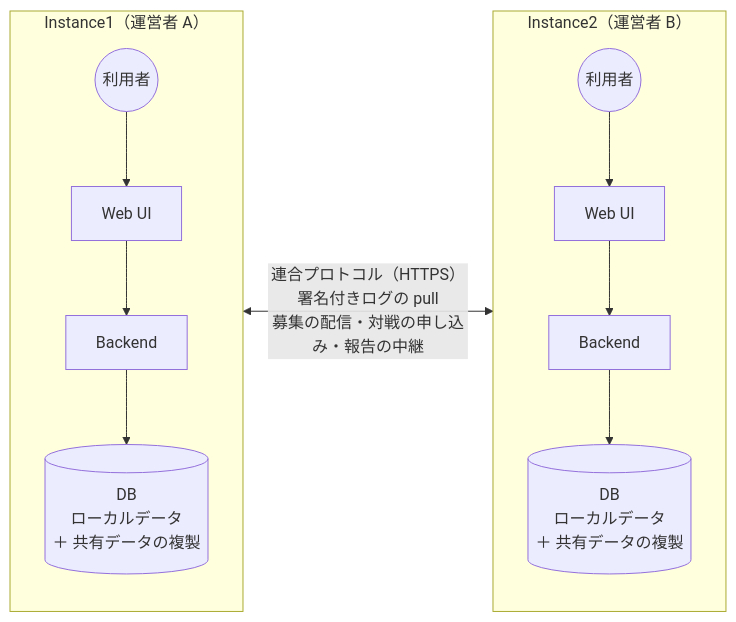
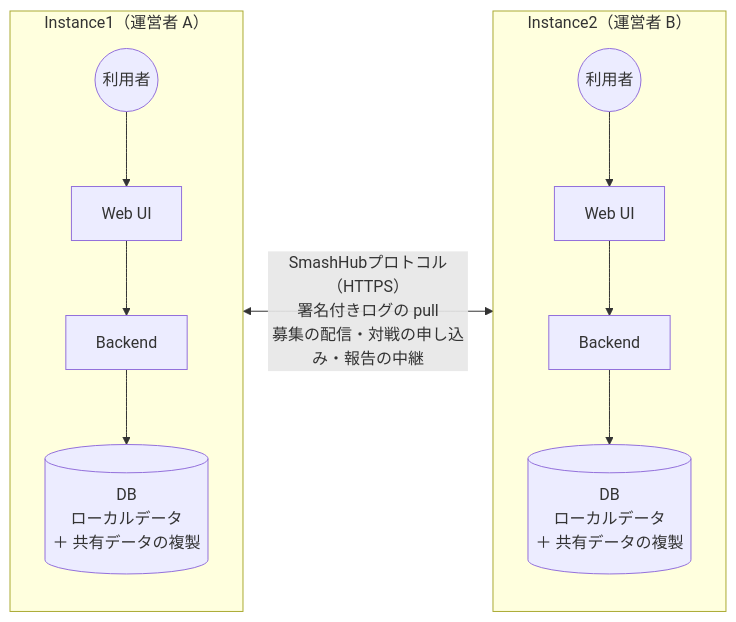
One commit to tacky0612/smash-hub changed the first of 8 diagrams in docs/architecture/federation-walkthrough.md. Above: the diagram before and after it, drawn with Mermaid. The commit also changed other lines of this file and 81 other files, not shown here.

````diff
--- a/docs/architecture/federation-walkthrough.md
+++ b/docs/architecture/federation-walkthrough.md
@@ -28,16 +28,16 @@
 ```mermaid
 flowchart LR
   subgraph I1["Instance1（運営者 A）"]
     direction TB
     U1(("利用者")) --> W1["Web UI"]
     W1 --> B1["Backend"]
     B1 --> D1[("DB<br/>ローカルデータ<br/>＋ 共有データの複製")]
   end
   subgraph I2["Instance2（運営者 B）"]
     direction TB
     U2(("利用者")) --> W2["Web UI"]
     W2 --> B2["Backend"]
     B2 --> D2[("DB<br/>ローカルデータ<br/>＋ 共有データの複製")]
   end
-  B1 <-- "連合プロトコル（HTTPS）<br/>署名付きログの pull<br/>募集の配信・対戦の申し込み・報告の中継" --> B2
+  B1 <-- "SmashHubプロトコル（HTTPS）<br/>署名付きログの pull<br/>募集の配信・対戦の申し込み・報告の中継" --> B2
 ```
````
